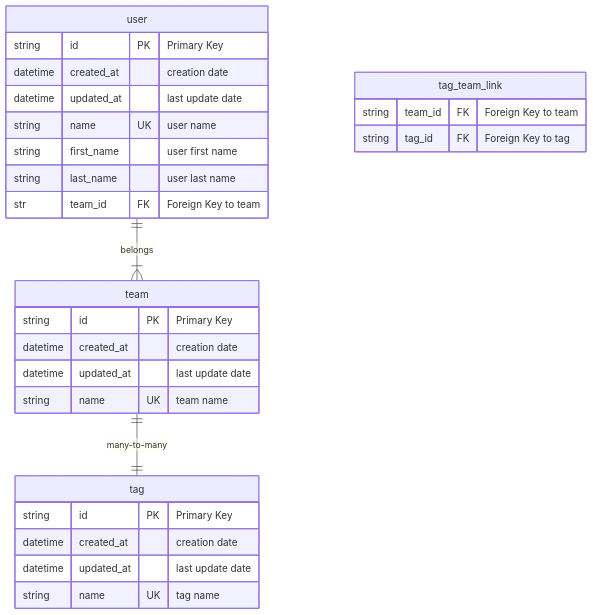
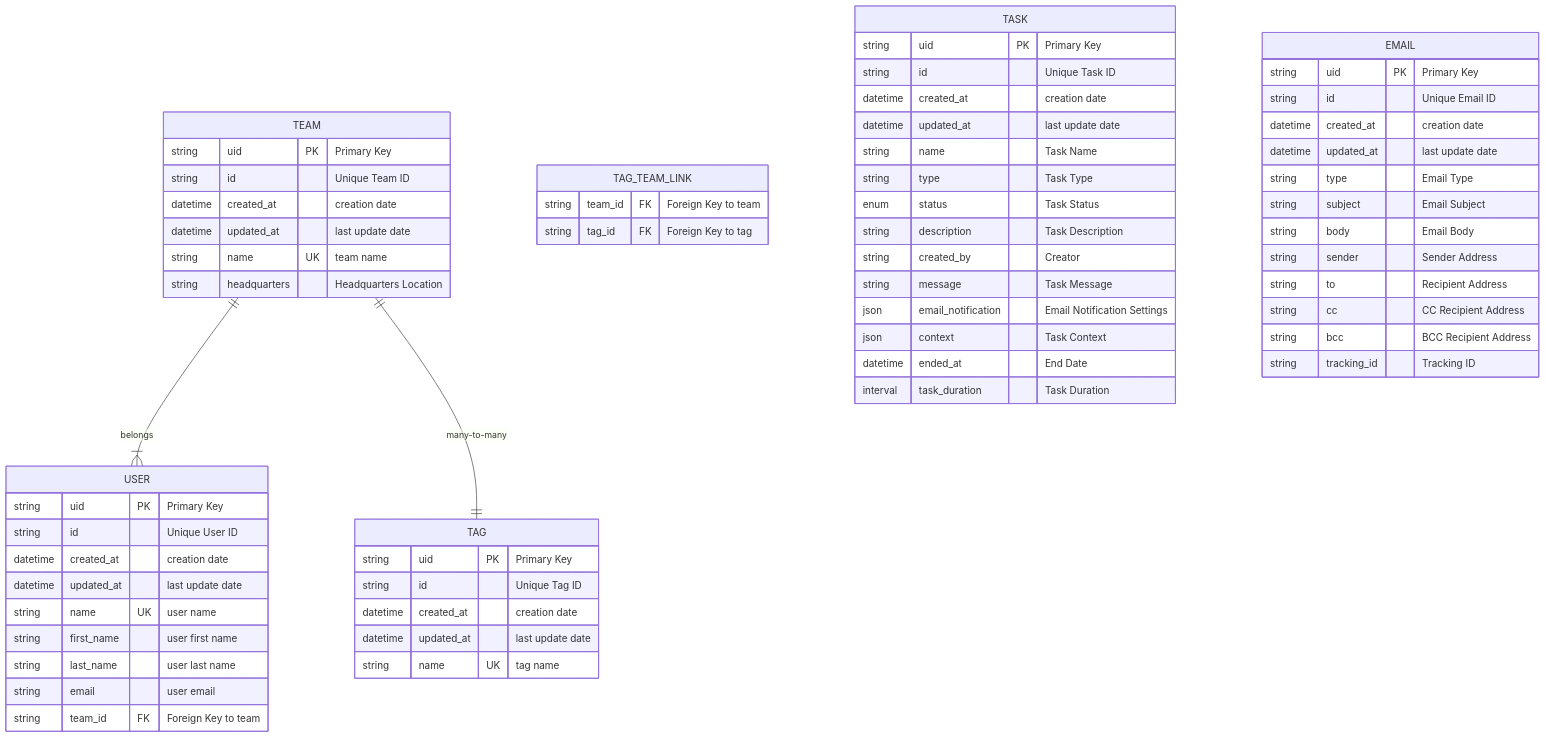
One commit to copdips/fastapi-demo changed the diagram in README.md. Above: the diagram before and after it, drawn with Mermaid.

Commit message:
udpate SQL erDiagram

````diff
--- a/README.md
+++ b/README.md
@@ -13,30 +13,66 @@
 ```mermaid
 erDiagram
-    user ||--|{ team : belongs
-    team ||--|| tag : "many-to-many"
-    team {
-        string id PK "Primary Key"
+    TEAM ||--|{ USER : "belongs"
+    TEAM ||--|| TAG : "many-to-many"
+    TEAM {
+        string uid PK "Primary Key"
+        string id "Unique Team ID"
         datetime created_at "creation date"
         datetime updated_at "last update date"
         string name UK "team name"
+        string headquarters "Headquarters Location"
     }
-    user {
-        string id PK "Primary Key"
+    USER {
+        string uid PK "Primary Key"
+        string id "Unique User ID"
         datetime created_at "creation date"
         datetime updated_at "last update date"
         string name UK "user name"
         string first_name "user first name"
         string last_name "user last name"
-        str team_id FK "Foreign Key to team"
+        string email "user email"
+        string team_id FK "Foreign Key to team"
     }
-    tag {
-        string id PK "Primary Key"
+    TAG {
+        string uid PK "Primary Key"
+        string id "Unique Tag ID"
         datetime created_at "creation date"
         datetime updated_at "last update date"
         string name UK "tag name"
     }
-    tag_team_link {
+    TAG_TEAM_LINK {
         string team_id FK "Foreign Key to team"
         string tag_id FK "Foreign Key to tag"
     }
+    TASK {
+        string uid PK "Primary Key"
+        string id "Unique Task ID"
+        datetime created_at "creation date"
+        datetime updated_at "last update date"
+        string name "Task Name"
+        string type "Task Type"
+        enum status "Task Status"
+        string description "Task Description"
+        string created_by "Creator"
+        string message "Task Message"
+        json email_notification "Email Notification Settings"
+        json context "Task Context"
+        datetime ended_at "End Date"
+        interval task_duration "Task Duration"
+    }
+    EMAIL {
+        string uid PK "Primary Key"
+        string id "Unique Email ID"
+        datetime created_at "creation date"
+        datetime updated_at "last update date"
+        string type "Email Type"
+        string subject "Email Subject"
+        string body "Email Body"
+        string sender "Sender Address"
+        string to "Recipient Address"
+        string cc "CC Recipient Address"
+        string bcc "BCC Recipient Address"
+        string tracking_id "Tracking ID"
+    }
+
 ```
````
